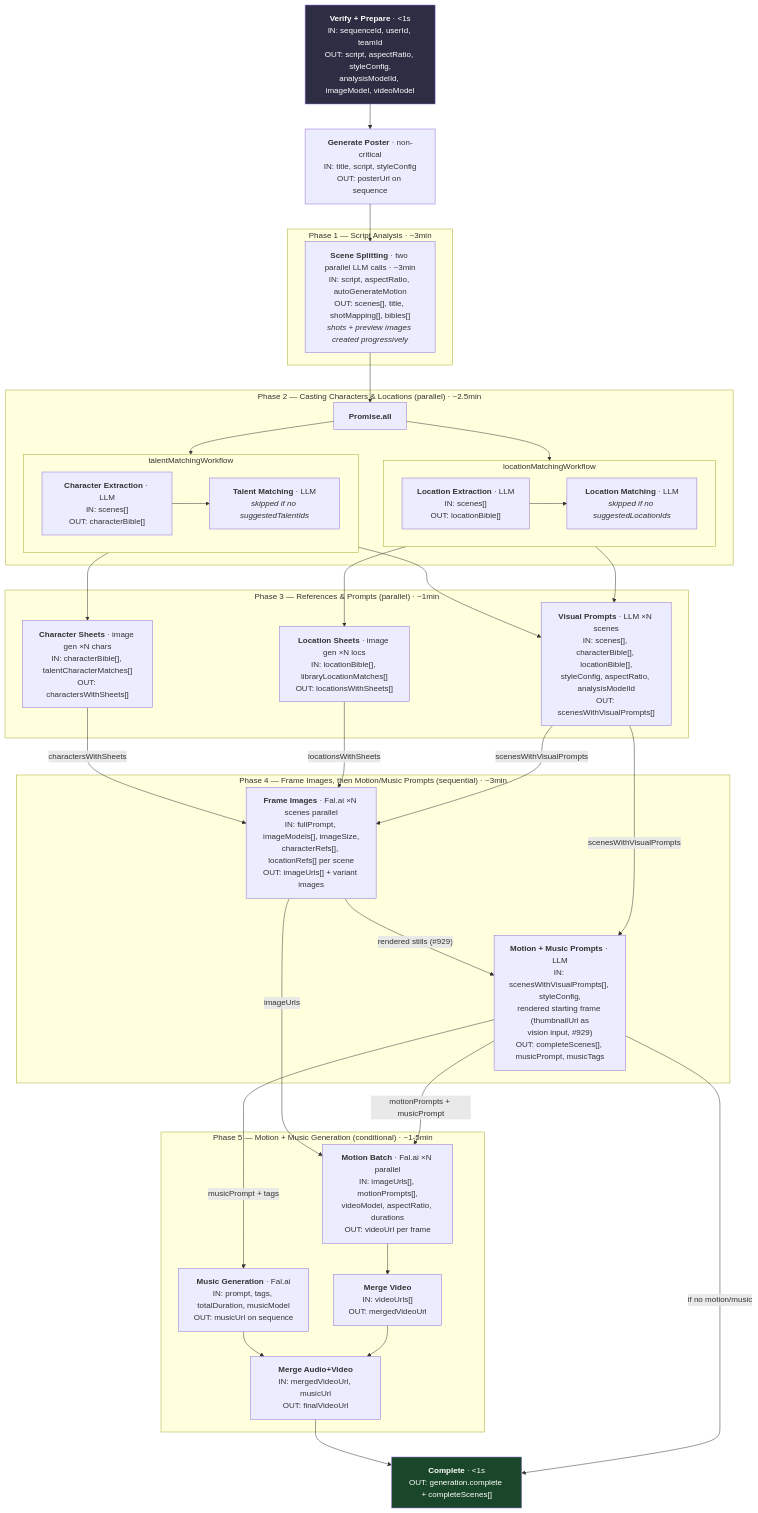
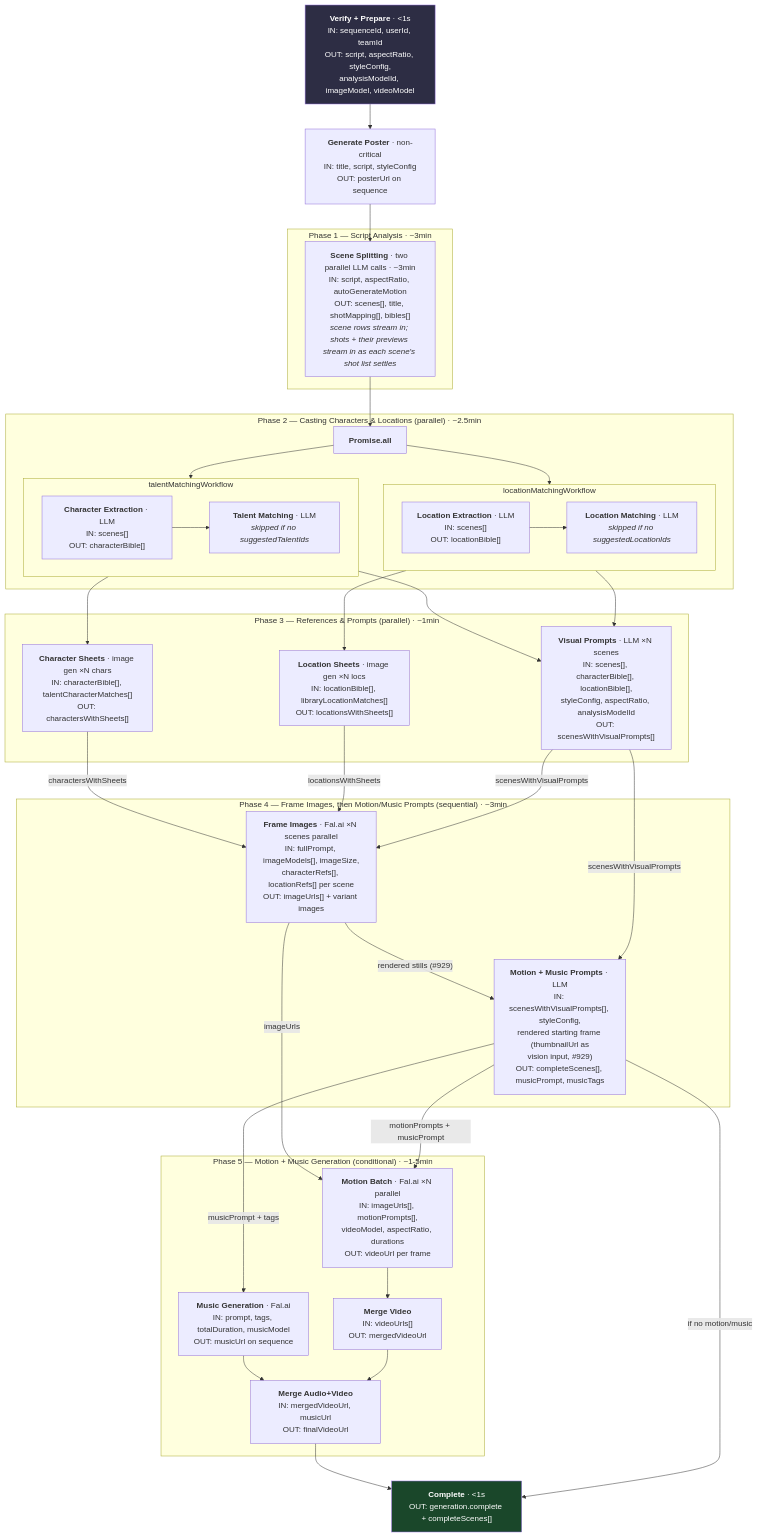
Before and after one commit to openstory-so/openstory: the first of 7 diagrams in docs/developer-guide/workflow.md, drawn with Mermaid. The commit also changed other lines of this file and 62 other files, not shown here.

First line of the commit message:
feat(#1593): film length is per scene — sequence target, shots divide the label, no placeholder shot (#1597)

````diff
--- a/docs/developer-guide/workflow.md
+++ b/docs/developer-guide/workflow.md
@@ -12,72 +12,72 @@
 ```mermaid
 flowchart TD
     Verify["<b>Verify + Prepare</b> · <1s<br/>IN: sequenceId, userId, teamId<br/>OUT: script, aspectRatio, styleConfig,<br/>analysisModelId, imageModel, videoModel"] --> Poster
     Poster["<b>Generate Poster</b> · non-critical<br/>IN: title, script, styleConfig<br/>OUT: posterUrl on sequence"] --> SceneSplit
 
     subgraph "Phase 1 — Script Analysis · ~3min"
-        SceneSplit["<b>Scene Splitting</b> · two parallel LLM calls · ~3min<br/>IN: script, aspectRatio, autoGenerateMotion<br/>OUT: scenes[], title, shotMapping[], bibles[]<br/><i>shots + preview images created progressively</i>"]
+        SceneSplit["<b>Scene Splitting</b> · two parallel LLM calls · ~3min<br/>IN: script, aspectRatio, autoGenerateMotion<br/>OUT: scenes[], title, shotMapping[], bibles[]<br/><i>scene rows stream in; shots + their previews stream in as each scene's shot list settles</i>"]
     end
 
     SceneSplit --> P2
 
     subgraph "Phase 2 — Casting Characters & Locations (parallel) · ~2.5min"
         P2["<b>Promise.all</b>"]
         P2 --> TalentSub
         P2 --> LocationSub
 
         subgraph TalentSub["talentMatchingWorkflow"]
             CharExtract["<b>Character Extraction</b> · LLM<br/>IN: scenes[]<br/>OUT: characterBible[]"]
             TalentMatch["<b>Talent Matching</b> · LLM<br/><i>skipped if no suggestedTalentIds</i>"]
             CharExtract --> TalentMatch
         end
 
         subgraph LocationSub["locationMatchingWorkflow"]
             LocExtract["<b>Location Extraction</b> · LLM<br/>IN: scenes[]<br/>OUT: locationBible[]"]
             LocMatch["<b>Location Matching</b> · LLM<br/><i>skipped if no suggestedLocationIds</i>"]
             LocExtract --> LocMatch
         end
     end
 
     subgraph "Phase 3 — References & Prompts (parallel) · ~1min"
         CharSheets["<b>Character Sheets</b> · image gen ×N chars<br/>IN: characterBible[], talentCharacterMatches[]<br/>OUT: charactersWithSheets[]"]
         LocSheets["<b>Location Sheets</b> · image gen ×N locs<br/>IN: locationBible[], libraryLocationMatches[]<br/>OUT: locationsWithSheets[]"]
         VisualPrompts["<b>Visual Prompts</b> · LLM ×N scenes<br/>IN: scenes[], characterBible[], locationBible[],<br/>styleConfig, aspectRatio, analysisModelId<br/>OUT: scenesWithVisualPrompts[]"]
     end
 
     TalentSub --> CharSheets
     TalentSub --> VisualPrompts
     LocationSub --> LocSheets
     LocationSub --> VisualPrompts
 
     subgraph "Phase 4 — Frame Images, then Motion/Music Prompts (sequential) · ~3min"
         ImageGen["<b>Frame Images</b> · Fal.ai ×N scenes parallel<br/>IN: fullPrompt, imageModels[], imageSize,<br/>characterRefs[], locationRefs[] per scene<br/>OUT: imageUrls[] + variant images"]
         MotionMusicPrompts["<b>Motion + Music Prompts</b> · LLM<br/>IN: scenesWithVisualPrompts[], styleConfig,<br/>rendered starting frame (thumbnailUrl as<br/>vision input, #929)<br/>OUT: completeScenes[], musicPrompt, musicTags"]
     end
 
     CharSheets -->|"charactersWithSheets"| ImageGen
     LocSheets -->|"locationsWithSheets"| ImageGen
     VisualPrompts -->|"scenesWithVisualPrompts"| ImageGen
     ImageGen -->|"rendered stills (#929)"| MotionMusicPrompts
     VisualPrompts -->|"scenesWithVisualPrompts"| MotionMusicPrompts
 
     subgraph "Phase 5 — Motion + Music Generation (conditional) · ~1-5min"
         MotionBatch["<b>Motion Batch</b> · Fal.ai ×N parallel<br/>IN: imageUrls[], motionPrompts[],<br/>videoModel, aspectRatio, durations<br/>OUT: videoUrl per frame"]
         MusicGen["<b>Music Generation</b> · Fal.ai<br/>IN: prompt, tags, totalDuration, musicModel<br/>OUT: musicUrl on sequence"]
         MergeVideo["<b>Merge Video</b><br/>IN: videoUrls[]<br/>OUT: mergedVideoUrl"]
         MergeAudioVideo["<b>Merge Audio+Video</b><br/>IN: mergedVideoUrl, musicUrl<br/>OUT: finalVideoUrl"]
         MotionBatch --> MergeVideo
         MusicGen --> MergeAudioVideo
         MergeVideo --> MergeAudioVideo
     end
 
     ImageGen -->|"imageUrls"| MotionBatch
     MotionMusicPrompts -->|"motionPrompts + musicPrompt"| MotionBatch
     MotionMusicPrompts -->|"musicPrompt + tags"| MusicGen
 
     MergeAudioVideo --> Done
     MotionMusicPrompts -->|"if no motion/music"| Done
     Done["<b>Complete</b> · <1s<br/>OUT: generation.complete + completeScenes[]"]
 
     style Verify fill:#2d2d44,color:#fff
     style Done fill:#1a472a,color:#fff
 ```
````
